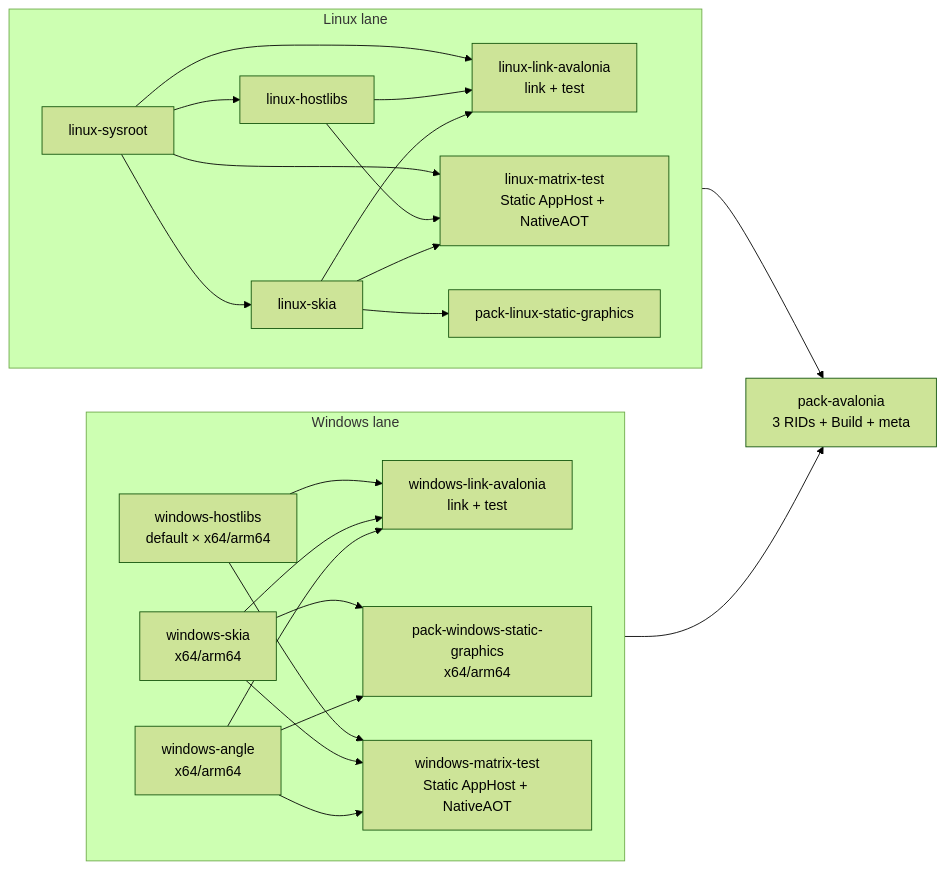
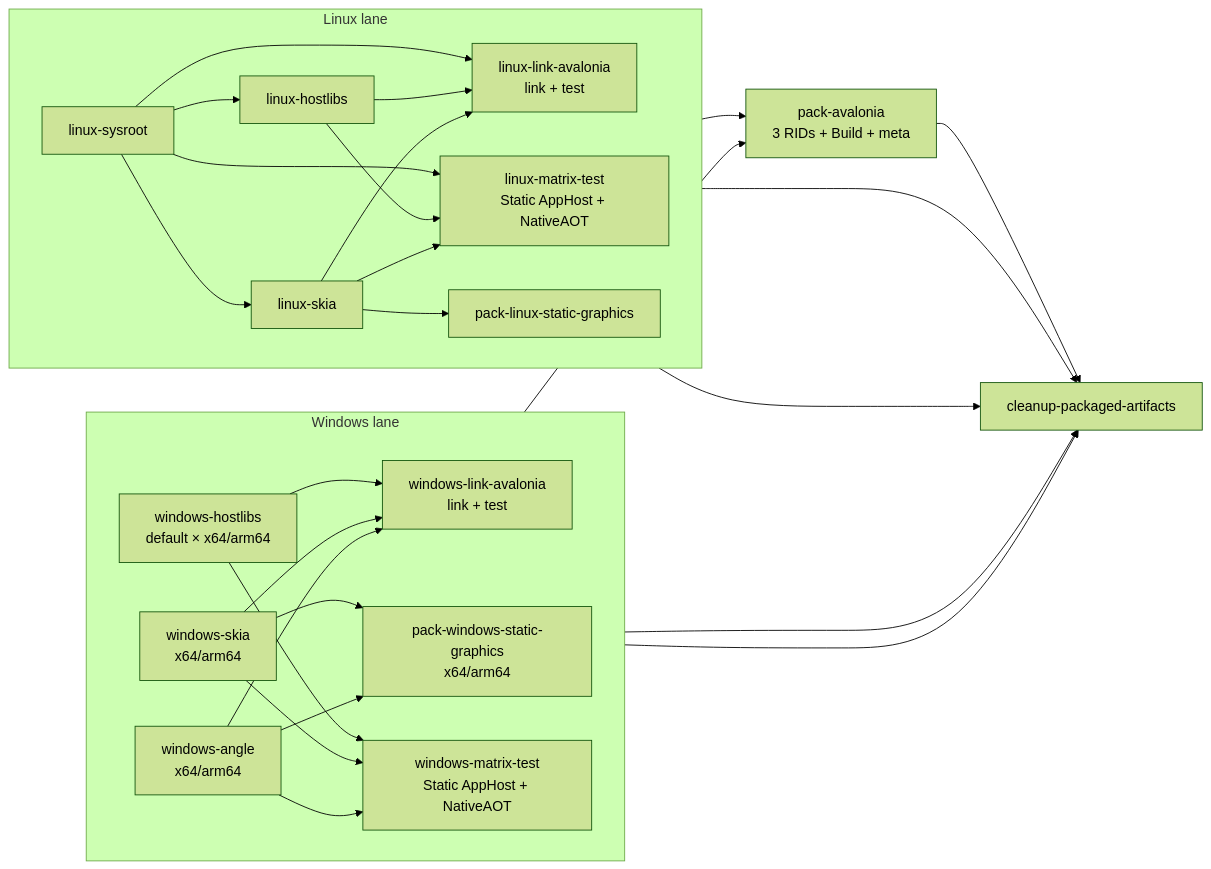
The diagram in DEVELOPMENT.md (chsbuffer/HostForge), drawn with Mermaid (forest theme) before and after one commit. The commit also changed other lines of this file and 1 other file, not shown here.

Commit message:
Clean up packaged CI artifacts after successful jobs

````diff
--- a/DEVELOPMENT.md
+++ b/DEVELOPMENT.md
@@ -211,46 +211,52 @@
 ```mermaid
 flowchart LR
     subgraph W["Windows lane"]
         direction LR
         WH["windows-hostlibs<br/>default × x64/arm64"]
         WS["windows-skia<br/>x64/arm64"]
         WA["windows-angle<br/>x64/arm64"]
         WPG["pack-windows-static-graphics<br/>x64/arm64"]
         WLA["windows-link-avalonia<br/>link + test"]
         WM["windows-matrix-test<br/>Static AppHost + NativeAOT"]
 
         WH --> WLA
         WS --> WLA
         WA --> WLA
         WS --> WPG
         WA --> WPG
         WH --> WM
         WS --> WM
         WA --> WM
     end
 
     subgraph L["Linux lane"]
         direction LR
         LSY["linux-sysroot"]
         LH["linux-hostlibs"]
         LS["linux-skia"]
         LPG["pack-linux-static-graphics"]
         LLA["linux-link-avalonia<br/>link + test"]
         LM["linux-matrix-test<br/>Static AppHost + NativeAOT"]
 
         LSY --> LH
         LSY --> LS
         LSY --> LLA
         LSY --> LM
         LH --> LLA
         LS --> LLA
         LS --> LPG
         LH --> LM
         LS --> LM
     end
 
     PA["pack-avalonia<br/>3 RIDs + Build + meta"]
+    CLEAN["cleanup-packaged-artifacts"]
 
     WLA --> PA
     LLA --> PA
+    WPG --> CLEAN
+    WM --> CLEAN
+    LPG --> CLEAN
+    LM --> CLEAN
+    PA --> CLEAN
 ```
````
